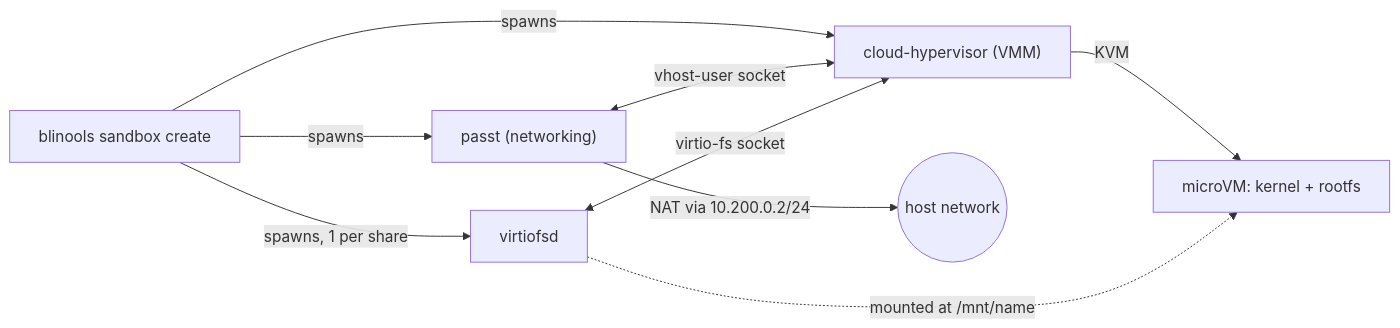
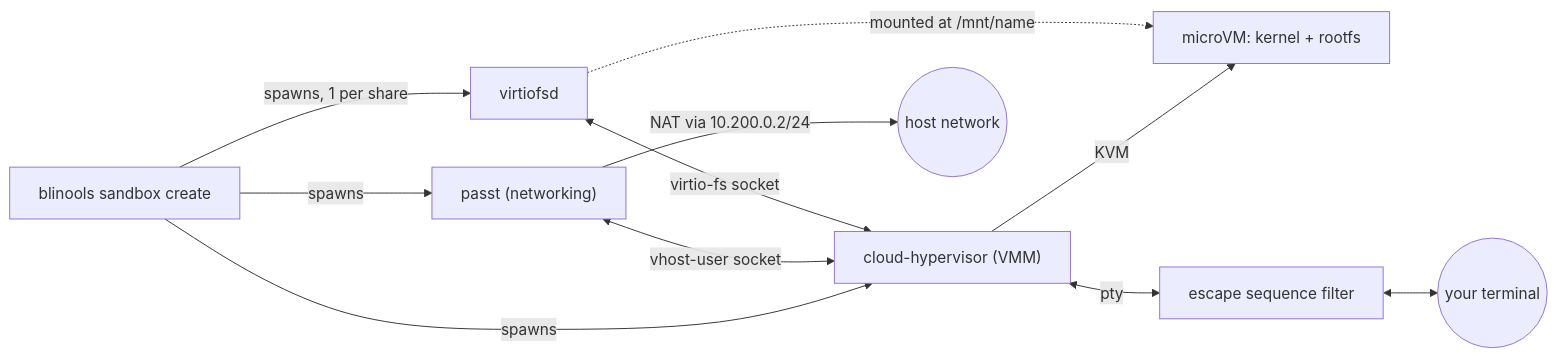
One commit to blinxen/blinools changed the diagram in README.md. Above: the diagram before and after it, drawn with Mermaid. The commit also changed other lines of this file, not shown here.

````diff
--- a/README.md
+++ b/README.md
@@ -281,13 +285,16 @@
 ```mermaid
 flowchart LR
     CLI["blinools sandbox create"] -->|spawns| CH["cloud-hypervisor (VMM)"]
     CLI -->|spawns| PASST["passt (networking)"]
     CLI -->|spawns, 1 per share| VFSD["virtiofsd"]
 
     PASST <-->|vhost-user socket| CH
     VFSD <-->|virtio-fs socket| CH
     CH -->|KVM| VM["microVM: kernel + rootfs"]
 
+    CH <-->|pty| FILTER["escape sequence filter"]
+    FILTER <--> TERM(("your terminal"))
+
     PASST -->|NAT via 10.200.0.2/24| NET(("host network"))
     VFSD -.->|mounted at /mnt/name| VM
 ```
````
